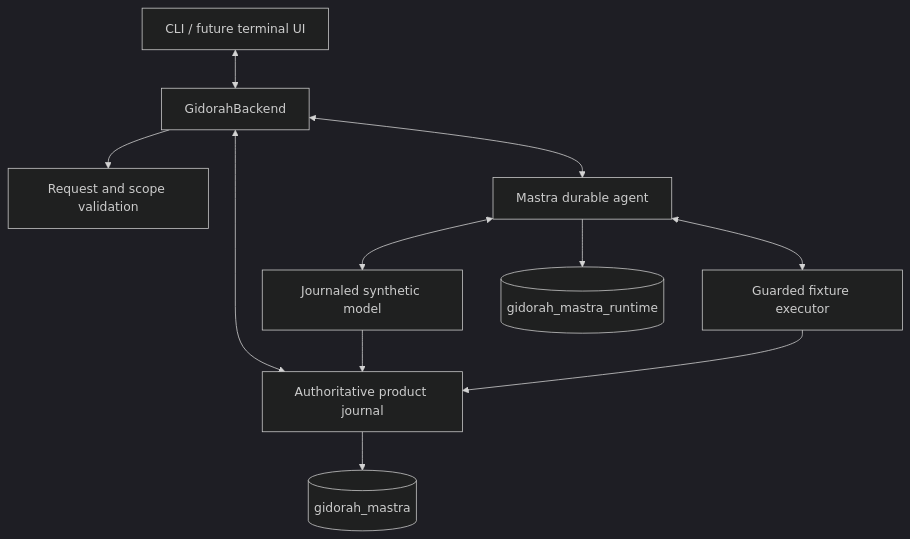
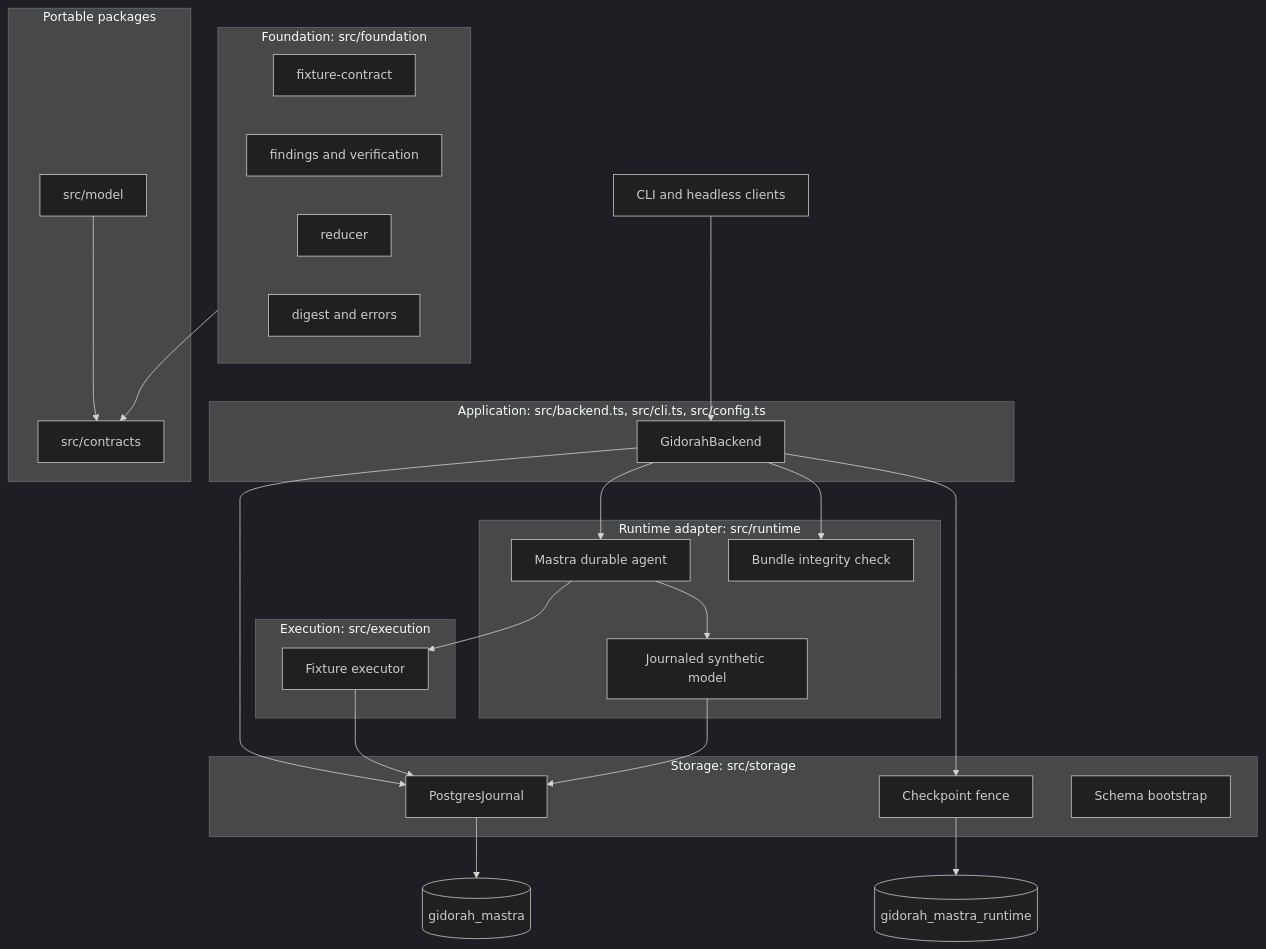
The diagram in docs/architecture.md (Adityakushwaha947/Ghidorah), drawn with Mermaid (dark theme) before and after one commit. The commit also changed other lines of this file and 58 other files, not shown here.

First line of the commit message:
Adopt Prettier, rename fixture contract module, rewrite architecture doc

````diff
--- a/docs/architecture.md
+++ b/docs/architecture.md
@@ -7,13 +11,40 @@
 ```mermaid
 flowchart TD
-    Client[CLI / future terminal UI] <--> Backend[GidorahBackend]
-    Backend --> Contracts[Request and scope validation]
-    Backend <--> Runtime[Mastra durable agent]
-    Runtime <--> Model[Journaled synthetic model]
-    Runtime <--> Executor[Guarded fixture executor]
-    Backend <--> Journal[Authoritative product journal]
+    Clients[CLI and headless clients] --> Backend
+    subgraph App[Application: src/backend.ts, src/cli.ts, src/config.ts]
+      Backend[GidorahBackend]
+    end
+    subgraph Runtime[Runtime adapter: src/runtime]
+      Mastra[Mastra durable agent] --> Model[Journaled synthetic model]
+      Integrity[Bundle integrity check]
+    end
+    subgraph Exec[Execution: src/execution]
+      Executor[Fixture executor]
+    end
+    subgraph Storage[Storage: src/storage]
+      Journal[PostgresJournal]
+      Fence[Checkpoint fence]
+      Bootstrap[Schema bootstrap]
+    end
+    subgraph Foundation[Foundation: src/foundation]
+      FixtureContract[fixture-contract]
+      Findings[findings and verification]
+      Reducer[reducer]
+      Digest[digest and errors]
+    end
+    subgraph Portable[Portable packages]
+      Contracts[src/contracts]
+      Gateway[src/model]
+    end
+    Backend --> Mastra
+    Backend --> Journal
+    Backend --> Fence
+    Backend --> Integrity
+    Mastra --> Executor
+    Executor --> Journal
     Model --> Journal
-    Executor --> Journal
     Journal --> ProductDB[(gidorah_mastra)]
-    Runtime --> RuntimeDB[(gidorah_mastra_runtime)]
+    Fence --> RuntimeDB[(gidorah_mastra_runtime)]
+    Foundation --> Contracts
+    Gateway --> Contracts
 ```
````
